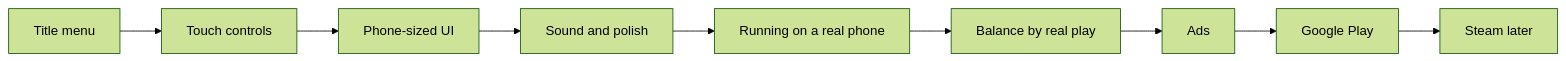
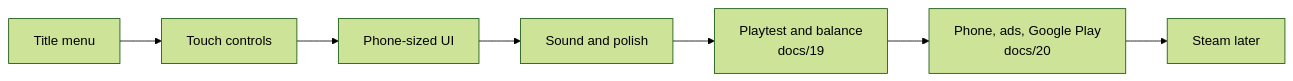
Before and after one commit to sudo0x/GameDevelopments: the diagram in docs/13_2026-11-04_layer-6-release.md, drawn with Mermaid (forest theme). The commit also changed other lines of this file and 9 other files, not shown here.

````diff
--- a/docs/13_2026-11-04_layer-6-release.md
+++ b/docs/13_2026-11-04_layer-6-release.md
@@ -13,11 +15,9 @@
 ```mermaid
 flowchart LR
 	A[Title menu] --> B[Touch controls]
 	B --> C[Phone-sized UI]
 	C --> E[Sound and polish]
-	E --> D[Running on a real phone]
-	D --> F[Balance by real play]
-	F --> G[Ads]
-	G --> H[Google Play]
-	H --> I[Steam later]
+	E --> P[Playtest and balance<br/>docs/19]
+	P --> D[Phone, ads, Google Play<br/>docs/20]
+	D --> I[Steam later]
 ```
````
